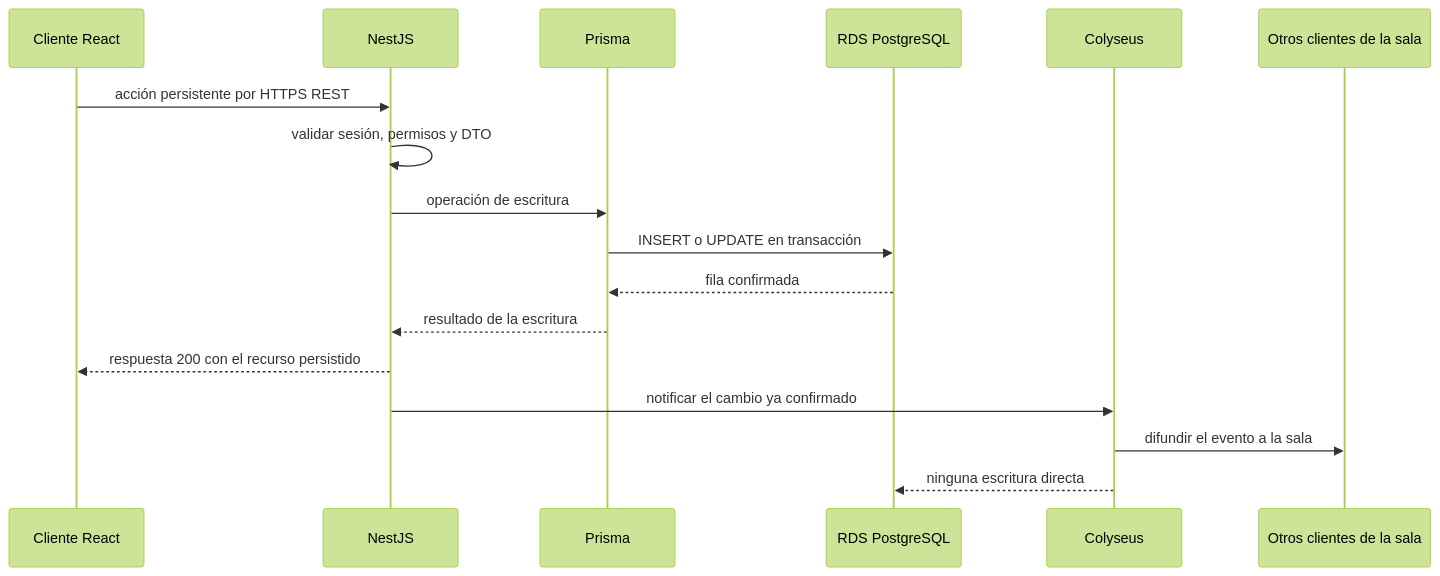
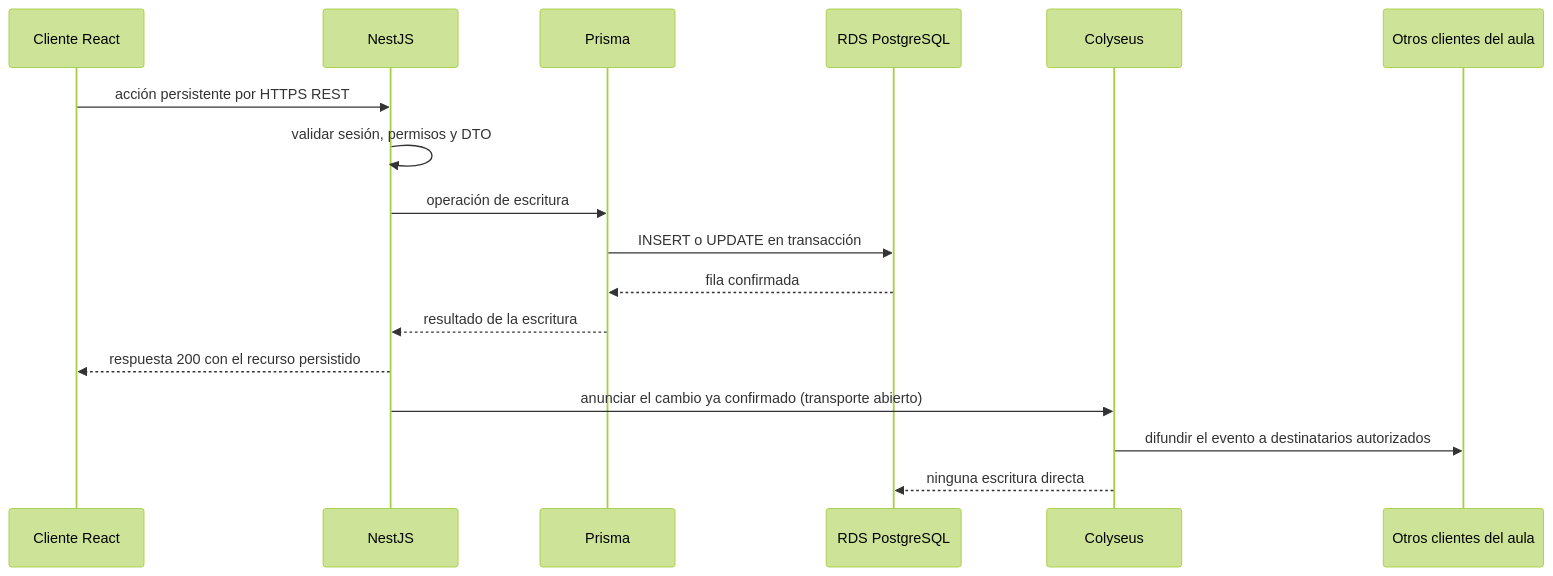
One commit to Agustin742/integratec-final-back changed the second of 2 diagrams in docs/diagrams/02-system-architecture/realtime-colyseus.md. Above: the diagram before and after it, drawn with Mermaid (forest theme). The commit also changed other lines of this file and 7 other files, not shown here.

Commit message:
docs(diagrams): realign architecture and reference diagrams with the school niche model

````diff
--- a/docs/diagrams/02-system-architecture/realtime-colyseus.md
+++ b/docs/diagrams/02-system-architecture/realtime-colyseus.md
@@ -82,20 +82,20 @@
 ```mermaid
 sequenceDiagram
     participant react as Cliente React
     participant api as NestJS
     participant prisma as Prisma
     participant rds as RDS PostgreSQL
     participant colyseus as Colyseus
-    participant peers as Otros clientes de la sala
+    participant peers as Otros clientes del aula
 
     react->>api: acción persistente por HTTPS REST
     api->>api: validar sesión, permisos y DTO
     api->>prisma: operación de escritura
     prisma->>rds: INSERT o UPDATE en transacción
     rds-->>prisma: fila confirmada
     prisma-->>api: resultado de la escritura
     api-->>react: respuesta 200 con el recurso persistido
-    api->>colyseus: notificar el cambio ya confirmado
-    colyseus->>peers: difundir el evento a la sala
+    api->>colyseus: anunciar el cambio ya confirmado (transporte abierto)
+    colyseus->>peers: difundir el evento a destinatarios autorizados
     colyseus-->>rds: ninguna escritura directa
 ```
````
